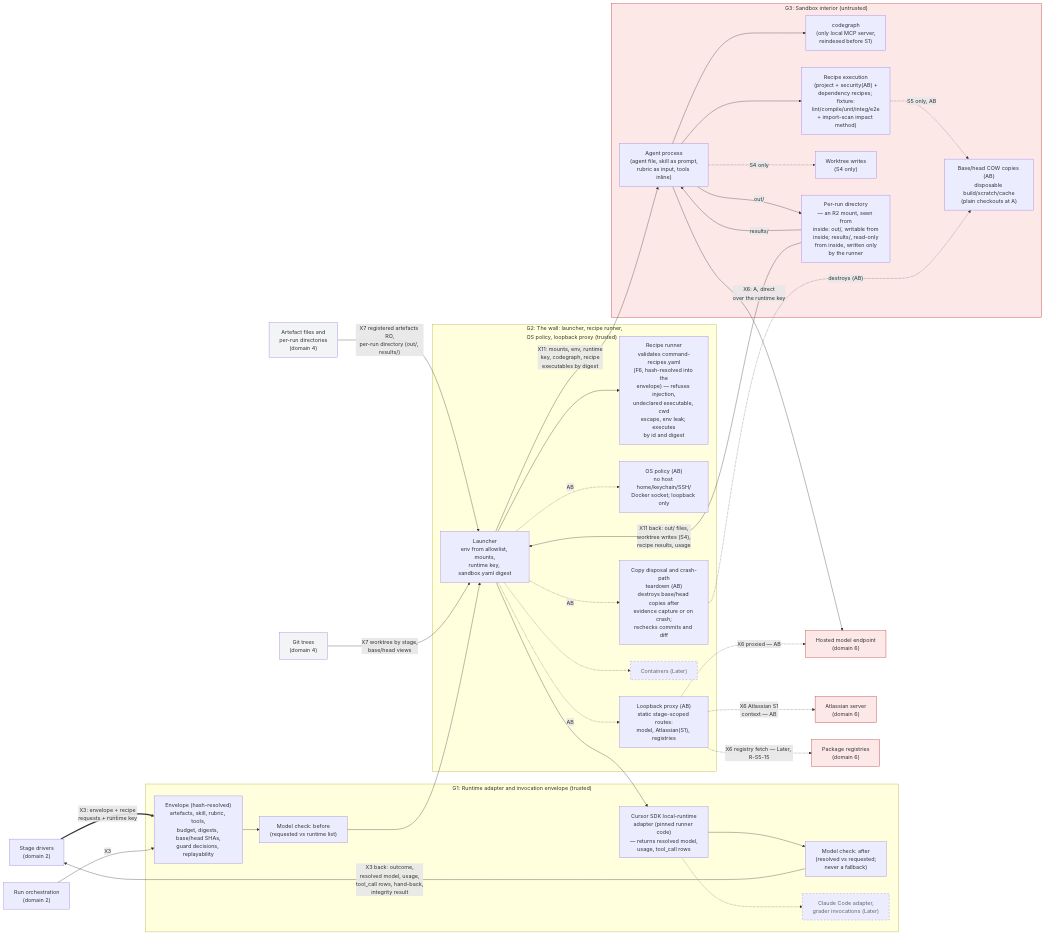
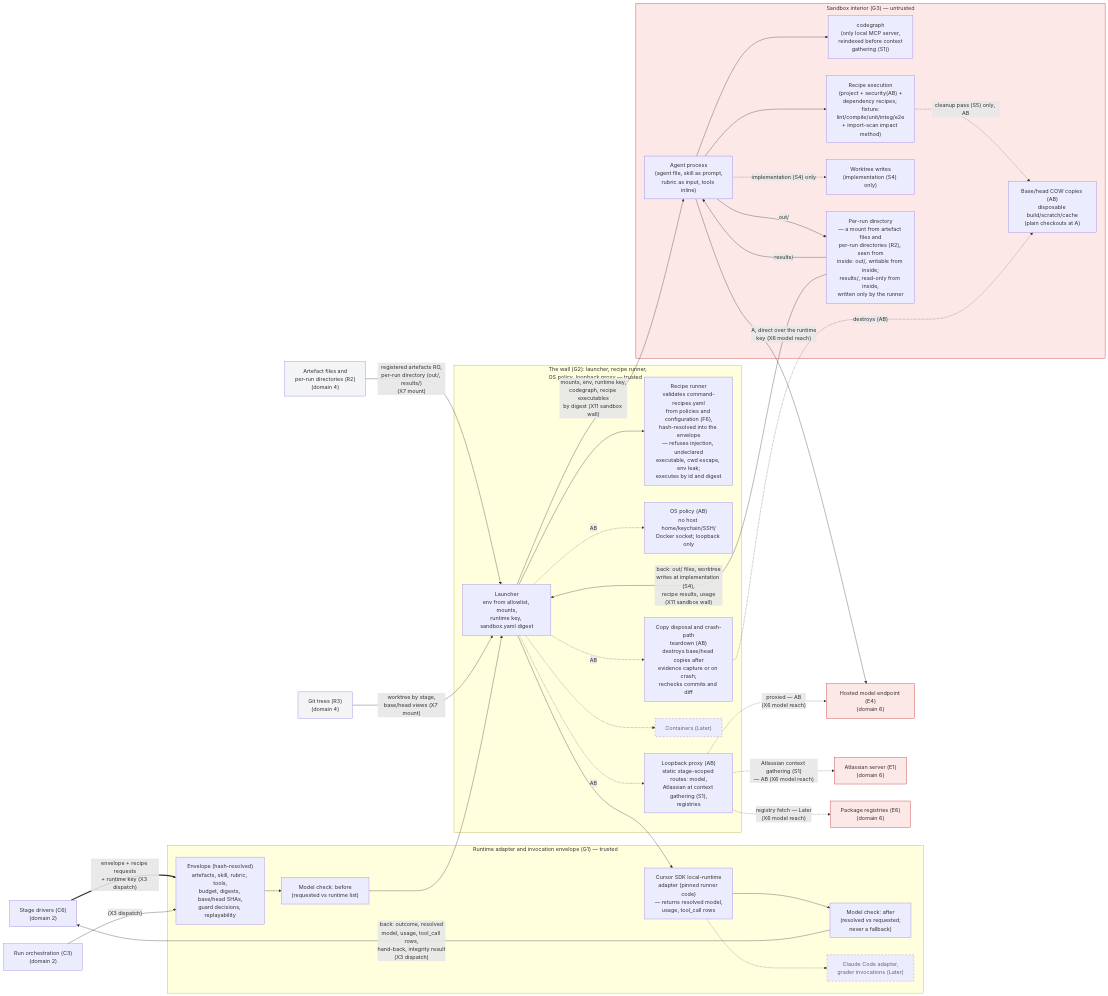
Before and after one commit to abhishekthakur7/software-factory: the first of 3 diagrams in docs/design/hld/L2-execution-boundary.md, drawn with Mermaid. The commit also changed other lines of this file and 9 other files, not shown here.

Commit message:
Name every code on the HLD pictures; add the short-name legend and fix the broken sequence diagram

````diff
--- a/docs/design/hld/L2-execution-boundary.md
+++ b/docs/design/hld/L2-execution-boundary.md
@@ -23,73 +25,73 @@
 ```mermaid
 flowchart LR
-  C6["Stage drivers<br/>(domain 2)"]
-  C3["Run orchestration<br/>(domain 2)"]
-  R2["Artefact files and<br/>per-run directories<br/>(domain 4)"]
-  R3["Git trees<br/>(domain 4)"]
+  C6["Stage drivers (C6)<br/>(domain 2)"]
+  C3["Run orchestration (C3)<br/>(domain 2)"]
+  R2["Artefact files and<br/>per-run directories (R2)<br/>(domain 4)"]
+  R3["Git trees (R3)<br/>(domain 4)"]
 
-  subgraph G1["G1: Runtime adapter and invocation envelope (trusted)"]
+  subgraph G1["Runtime adapter and invocation envelope (G1) — trusted"]
     G1_envelope["Envelope (hash-resolved)<br/>artefacts, skill, rubric, tools,<br/>budget, digests, base/head SHAs,<br/>guard decisions, replayability"]
     G1_checkpre["Model check: before<br/>(requested vs runtime list)"]
     G1_adapter["Cursor SDK local-runtime<br/>adapter (pinned runner code)<br/>— returns resolved model,<br/>usage, tool_call rows"]
     G1_checkpost["Model check: after<br/>(resolved vs requested;<br/>never a fallback)"]
     G1_later["Claude Code adapter,<br/>grader invocations (Later)"]
     G1_envelope --> G1_checkpre
     G1_adapter --> G1_checkpost
     G1_adapter -.-> G1_later
   end
 
-  subgraph G2["G2: The wall: launcher, recipe runner,<br/>OS policy, loopback proxy (trusted)"]
+  subgraph G2["The wall (G2): launcher, recipe runner,<br/>OS policy, loopback proxy — trusted"]
     G2_launcher["Launcher<br/>env from allowlist, mounts,<br/>runtime key, sandbox.yaml digest"]
-    G2_reciperunner["Recipe runner<br/>validates command-recipes.yaml<br/>(F6, hash-resolved into the<br/>envelope) — refuses injection,<br/>undeclared executable, cwd<br/>escape, env leak; executes<br/>by id and digest"]
+    G2_reciperunner["Recipe runner<br/>validates command-recipes.yaml<br/>from policies and configuration (F6),<br/>hash-resolved into the envelope<br/>— refuses injection, undeclared<br/>executable, cwd escape, env leak;<br/>executes by id and digest"]
     G2_ospolicy["OS policy (AB)<br/>no host home/keychain/SSH/<br/>Docker socket; loopback only"]
-    G2_proxy["Loopback proxy (AB)<br/>static stage-scoped routes:<br/>model, Atlassian(S1), registries"]
+    G2_proxy["Loopback proxy (AB)<br/>static stage-scoped routes: model,<br/>Atlassian at context gathering (S1),<br/>registries"]
     G2_disposal["Copy disposal and crash-path<br/>teardown (AB)<br/>destroys base/head copies after<br/>evidence capture or on crash;<br/>rechecks commits and diff"]
     G2_later["Containers (Later)"]
     G2_launcher --> G2_reciperunner
     G2_launcher -.->|"AB"| G2_ospolicy
     G2_launcher -.->|"AB"| G2_proxy
     G2_launcher -.->|"AB"| G2_disposal
     G2_launcher -.-> G2_later
   end
 
-  subgraph G3["G3: Sandbox interior (untrusted)"]
+  subgraph G3["Sandbox interior (G3) — untrusted"]
     G3_agent["Agent process<br/>(agent file, skill as prompt,<br/>rubric as input, tools inline)"]
-    G3_codegraph["codegraph<br/>(only local MCP server,<br/>reindexed before S1)"]
+    G3_codegraph["codegraph<br/>(only local MCP server,<br/>reindexed before context<br/>gathering (S1))"]
     G3_recipe["Recipe execution<br/>(project + security(AB) +<br/>dependency recipes; fixture:<br/>lint/compile/unit/integ/e2e<br/>+ import-scan impact method)"]
-    G3_s4write["Worktree writes<br/>(S4 only)"]
+    G3_s4write["Worktree writes<br/>(implementation (S4) only)"]
     G3_s5copies["Base/head COW copies (AB)<br/>disposable build/scratch/cache<br/>(plain checkouts at A)"]
-    G3_rundir["Per-run directory<br/>— an R2 mount, seen from<br/>inside: out/, writable from<br/>inside; results/, read-only<br/>from inside, written only<br/>by the runner"]
+    G3_rundir["Per-run directory<br/>— a mount from artefact files and<br/>per-run directories (R2), seen from<br/>inside: out/, writable from inside;<br/>results/, read-only from inside,<br/>written only by the runner"]
     G3_rundir -->|"results/"| G3_agent
     G3_agent --> G3_codegraph
     G3_agent --> G3_recipe
     G3_agent -->|"out/"| G3_rundir
-    G3_agent -.->|"S4 only"| G3_s4write
-    G3_recipe -.->|"S5 only, AB"| G3_s5copies
+    G3_agent -.->|"implementation (S4) only"| G3_s4write
+    G3_recipe -.->|"cleanup pass (S5) only, AB"| G3_s5copies
   end
 
-  E4["Hosted model endpoint<br/>(domain 6)"]
-  E1["Atlassian server<br/>(domain 6)"]
-  E6["Package registries<br/>(domain 6)"]
+  E4["Hosted model endpoint (E4)<br/>(domain 6)"]
+  E1["Atlassian server (E1)<br/>(domain 6)"]
+  E6["Package registries (E6)<br/>(domain 6)"]
 
-  C6 ==>|"X3: envelope + recipe<br/>requests + runtime key"| G1_envelope
-  C3 -->|"X3"| G1_envelope
+  C6 ==>|"envelope + recipe requests<br/>+ runtime key (X3 dispatch)"| G1_envelope
+  C3 -->|"(X3 dispatch)"| G1_envelope
   G1_checkpre --> G2_launcher
-  G2_launcher -->|"X11: mounts, env, runtime<br/>key, codegraph, recipe<br/>executables by digest"| G3_agent
-  R2 -->|"X7 registered artefacts RO,<br/>per-run directory (out/, results/)"| G2_launcher
-  R3 -->|"X7 worktree by stage,<br/>base/head views"| G2_launcher
+  G2_launcher -->|"mounts, env, runtime key,<br/>codegraph, recipe executables<br/>by digest (X11 sandbox wall)"| G3_agent
+  R2 -->|"registered artefacts RO,<br/>per-run directory (out/, results/)<br/>(X7 mount)"| G2_launcher
+  R3 -->|"worktree by stage,<br/>base/head views (X7 mount)"| G2_launcher
   G2_disposal -.->|"destroys (AB)"| G3_s5copies
-  G3_agent -->|"X6: A, direct<br/>over the runtime key"| E4
-  G2_proxy -.->|"X6 proxied — AB"| E4
-  G2_proxy -.->|"X6 Atlassian S1<br/>context — AB"| E1
-  G2_proxy -.->|"X6 registry fetch — Later, R-S5-15"| E6
-  G3_rundir -->|"X11 back: out/ files,<br/>worktree writes (S4),<br/>recipe results, usage"| G2_launcher
+  G3_agent -->|"A, direct over the runtime<br/>key (X6 model reach)"| E4
+  G2_proxy -.->|"proxied — AB<br/>(X6 model reach)"| E4
+  G2_proxy -.->|"Atlassian context gathering (S1)<br/>— AB (X6 model reach)"| E1
+  G2_proxy -.->|"registry fetch — Later<br/>(X6 model reach)"| E6
+  G3_rundir -->|"back: out/ files, worktree<br/>writes at implementation (S4),<br/>recipe results, usage<br/>(X11 sandbox wall)"| G2_launcher
   G2_launcher --> G1_adapter
-  G1_checkpost -->|"X3 back: outcome,<br/>resolved model, usage,<br/>tool_call rows, hand-back,<br/>integrity result"| C6
+  G1_checkpost -->|"back: outcome, resolved<br/>model, usage, tool_call rows,<br/>hand-back, integrity result<br/>(X3 dispatch)"| C6
 
   classDef untrusted fill:#fde8e8,stroke:#b91c1c
   classDef later stroke-dasharray:5 5,color:#666
   classDef record fill:#f3f4f6
   class G3,E4,E1,E6 untrusted
   class G1_later,G2_later later
   class R2,R3 record
 ```
````
